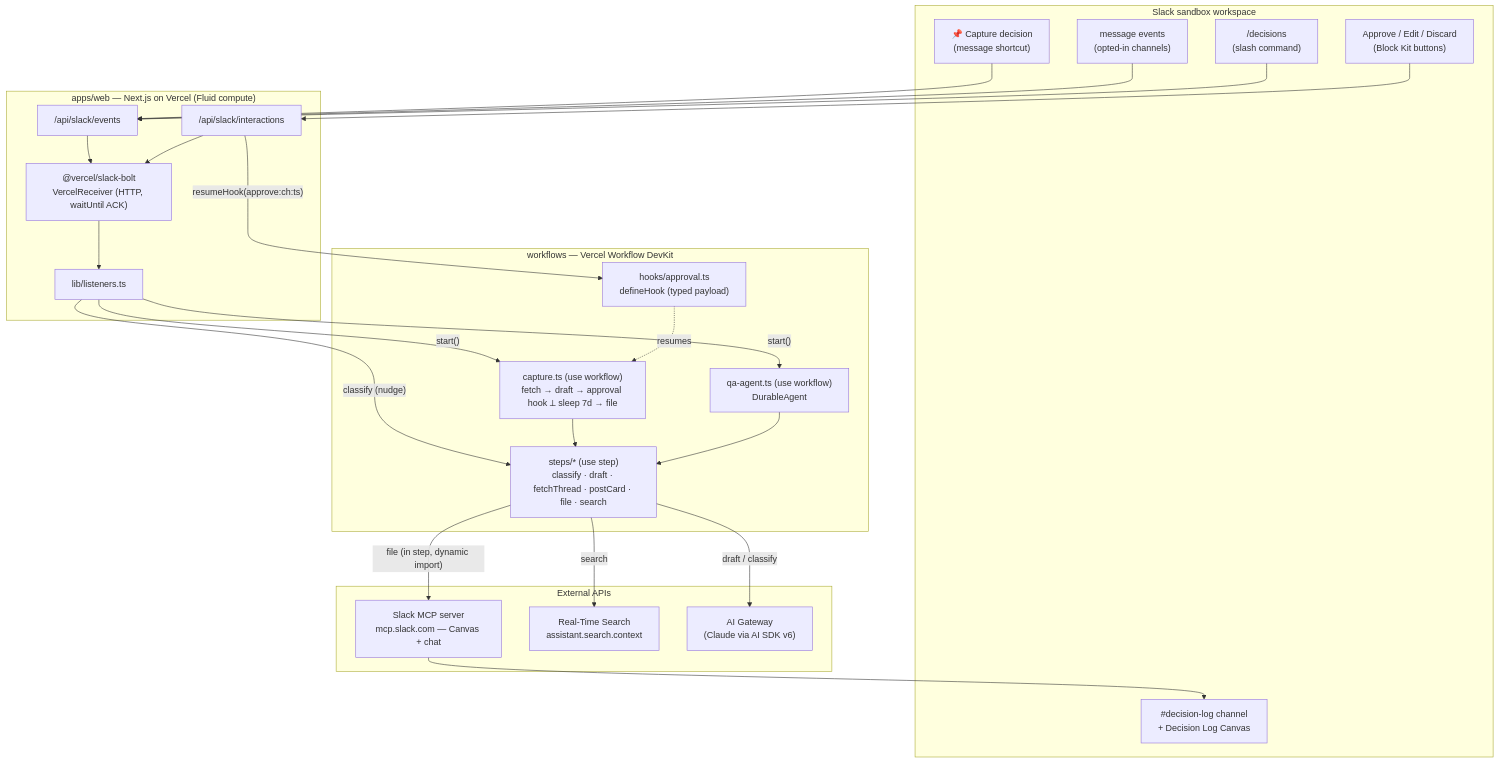
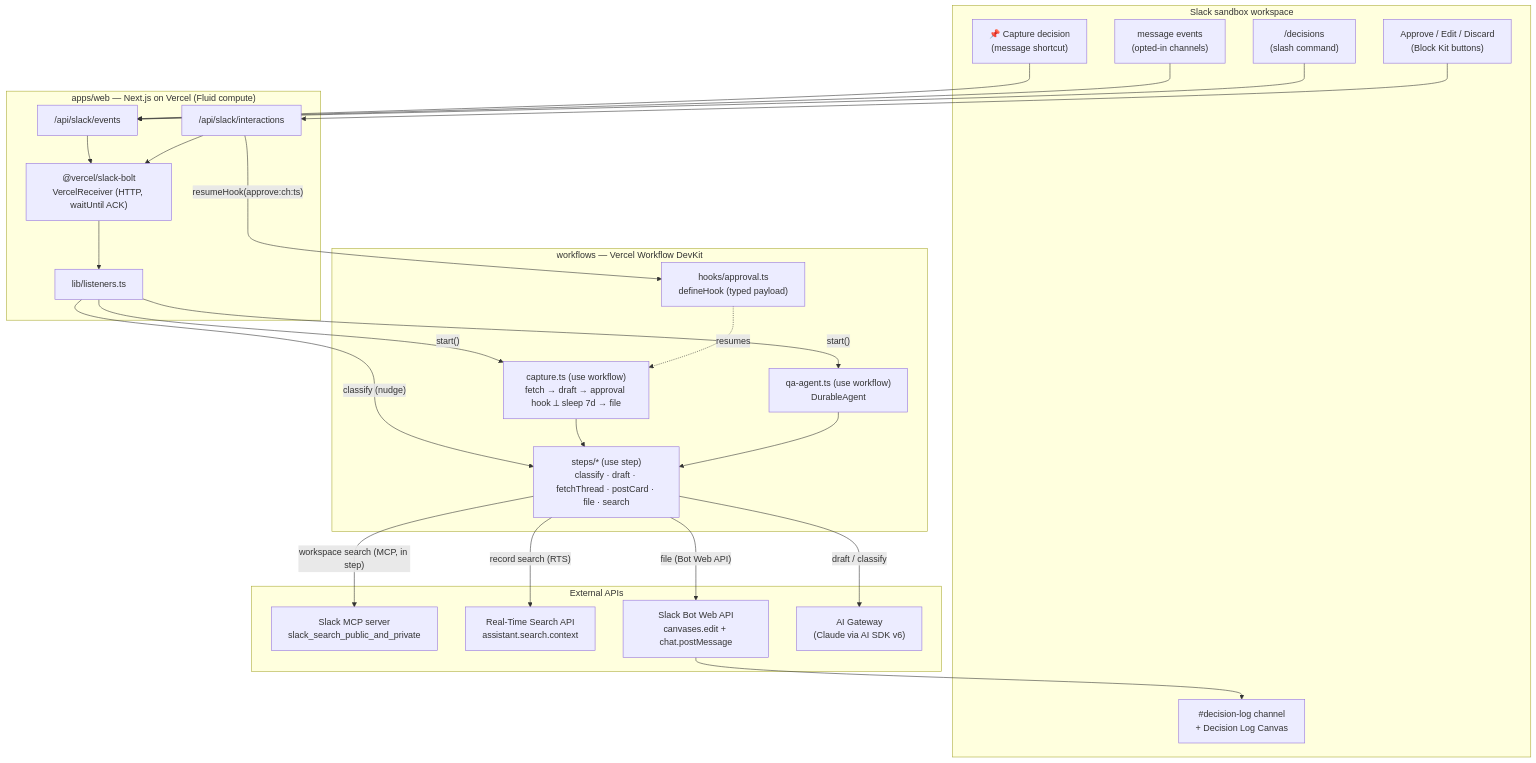
The diagram in docs/ARCHITECTURE.md (OrionArchitekton/quorum-slack-agent), drawn with Mermaid before and after one commit. The commit also changed other lines of this file and 2 other files, not shown here.

Commit message:
docs: accurate all-3-techs architecture (MCP=agent search, RTS=record search, Bot API=writes) + rendered diagram PNG

````diff
--- a/docs/ARCHITECTURE.md
+++ b/docs/ARCHITECTURE.md
@@ -7,48 +7,50 @@
 ```mermaid
 flowchart TB
     subgraph Slack["Slack sandbox workspace"]
         SC["📌 Capture decision<br/>(message shortcut)"]
         EV["message events<br/>(opted-in channels)"]
         SL["/decisions<br/>(slash command)"]
         BTN["Approve / Edit / Discard<br/>(Block Kit buttons)"]
         LOG["#decision-log channel<br/>+ Decision Log Canvas"]
     end
 
     subgraph Web["apps/web — Next.js on Vercel (Fluid compute)"]
         REC["@vercel/slack-bolt<br/>VercelReceiver (HTTP, waitUntil ACK)"]
         EVR["/api/slack/events"]
         INR["/api/slack/interactions"]
         LIS["lib/listeners.ts"]
     end
 
     subgraph WF["workflows — Vercel Workflow DevKit"]
         CAP["capture.ts (use workflow)<br/>fetch → draft → approval hook ⟂ sleep 7d → file"]
         HOOK["hooks/approval.ts<br/>defineHook (typed payload)"]
         QA["qa-agent.ts (use workflow)<br/>DurableAgent"]
         STEPS["steps/* (use step)<br/>classify · draft · fetchThread · postCard · file · search"]
     end
 
     subgraph Ext["External APIs"]
-        MCP["Slack MCP server<br/>mcp.slack.com — Canvas + chat"]
-        RTS["Real-Time Search<br/>assistant.search.context"]
+        MCP["Slack MCP server<br/>slack_search_public_and_private"]
+        RTS["Real-Time Search API<br/>assistant.search.context"]
+        WEB["Slack Bot Web API<br/>canvases.edit + chat.postMessage"]
         LLM["AI Gateway<br/>(Claude via AI SDK v6)"]
     end
 
     SC --> EVR
     EV --> EVR
     SL --> EVR
     BTN --> INR
     EVR --> REC --> LIS
     INR --> REC
     LIS -->|"start()"| CAP
     LIS -->|"start()"| QA
     LIS -->|"classify (nudge)"| STEPS
     INR -->|"resumeHook(approve:ch:ts)"| HOOK
     HOOK -. resumes .-> CAP
     CAP --> STEPS
     QA --> STEPS
-    STEPS -->|"file (in step, dynamic import)"| MCP
-    STEPS -->|"search"| RTS
+    STEPS -->|"file (Bot Web API)"| WEB
+    STEPS -->|"workspace search (MCP, in step)"| MCP
+    STEPS -->|"record search (RTS)"| RTS
     STEPS -->|"draft / classify"| LLM
-    MCP --> LOG
+    WEB --> LOG
 ```
````
